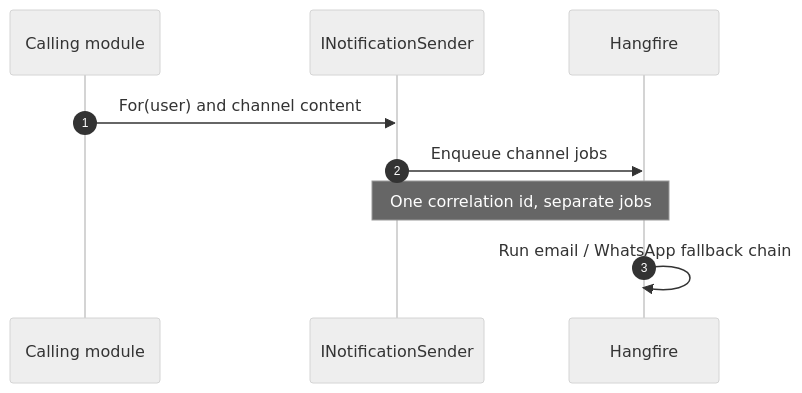
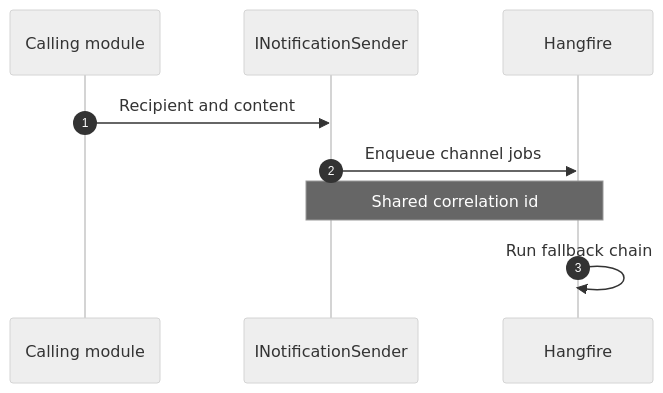
The first of 3 diagrams in wiki/Modules/Notification-Realtime-and-Push.md (mhasabalah/StarterKit), drawn with Mermaid (neutral theme) before and after one commit. The commit also changed other lines of this file and 7 other files, not shown here.

````diff
--- a/wiki/Modules/Notification-Realtime-and-Push.md
+++ b/wiki/Modules/Notification-Realtime-and-Push.md
@@ -44,11 +23,11 @@
 ```mermaid
 sequenceDiagram
   autonumber
   participant M as Calling module
   participant S as INotificationSender
   participant H as Hangfire
-  M->>S: For(user) and channel content
+  M->>S: Recipient and content
   S->>H: Enqueue channel jobs
-  Note over S,H: One correlation id, separate jobs
-  H->>H: Run email / WhatsApp fallback chain
+  Note over S,H: Shared correlation id
+  H->>H: Run fallback chain
 ```
````
